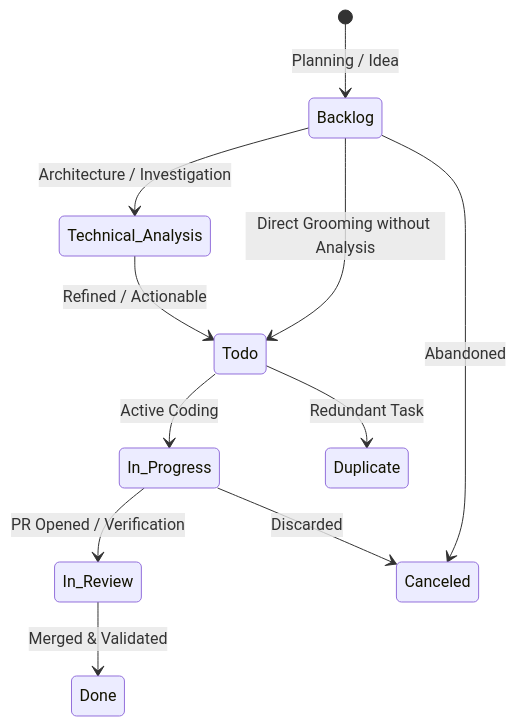
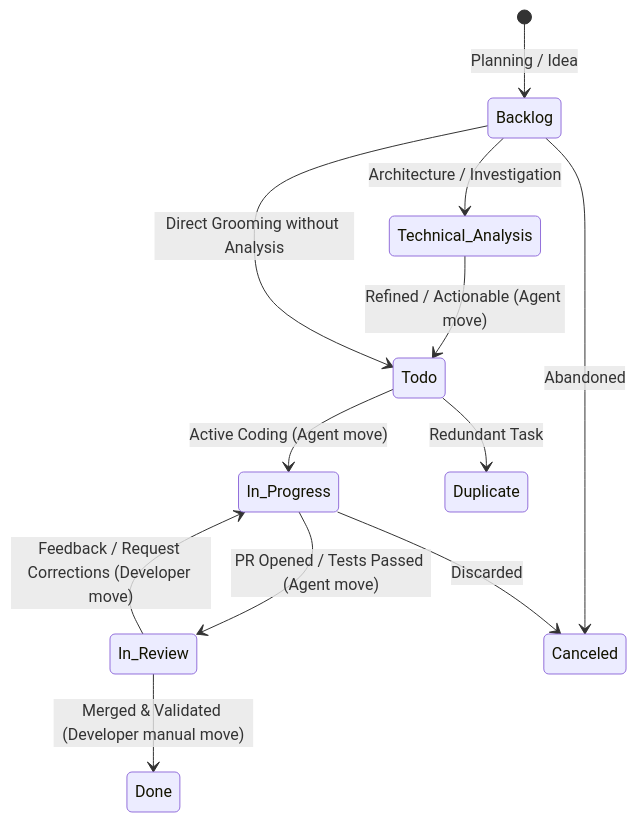
One commit to CaioCoelhoChaves/fk_apm changed the diagram in skills/linear-workflow/references/states-and-labels.md. Above: the diagram before and after it, drawn with Mermaid. The commit also changed other lines of this file and 2 other files, not shown here.

````diff
--- a/skills/linear-workflow/references/states-and-labels.md
+++ b/skills/linear-workflow/references/states-and-labels.md
@@ -11,13 +11,14 @@
 ```mermaid
 stateDiagram-v2
     [*] --> Backlog: Planning / Idea
     Backlog --> Technical_Analysis: Architecture / Investigation
-    Technical_Analysis --> Todo: Refined / Actionable
-    Todo --> In_Progress: Active Coding
+    Technical_Analysis --> Todo: Refined / Actionable (Agent move)
+    Todo --> In_Progress: Active Coding (Agent move)
     Backlog --> Todo: Direct Grooming without Analysis
-    In_Progress --> In_Review: PR Opened / Verification
-    In_Review --> Done: Merged & Validated
+    In_Progress --> In_Review: PR Opened / Tests Passed (Agent move)
+    In_Review --> In_Progress: Feedback / Request Corrections (Developer move)
+    In_Review --> Done: Merged & Validated (Developer manual move)
     Backlog --> Canceled: Abandoned
     Todo --> Duplicate: Redundant Task
     In_Progress --> Canceled: Discarded
 ```
````
